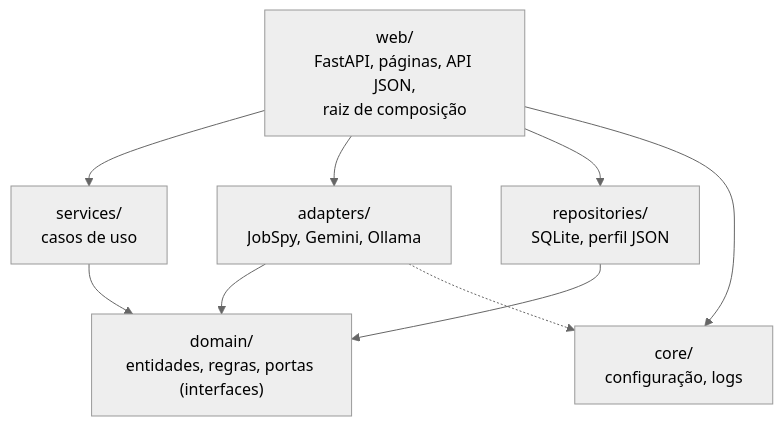
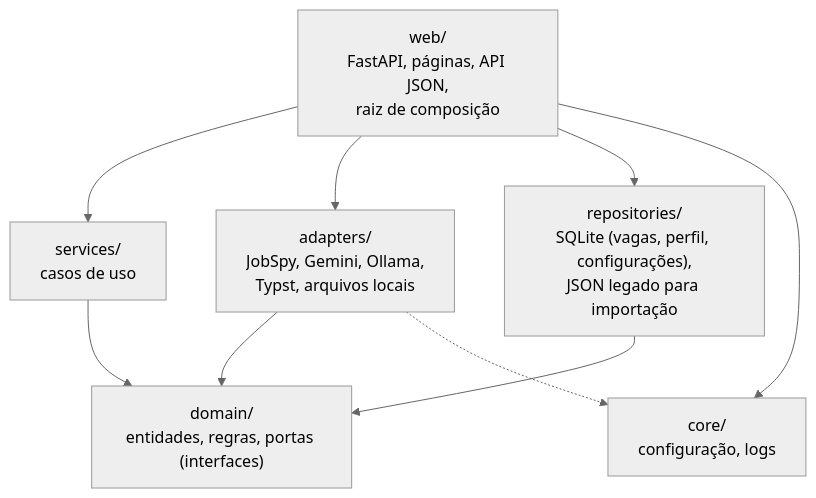
One commit to GilJSantana/copilot-job-gsantana changed the first of 4 diagrams in docs/ARCHITECTURE.md. Above: the diagram before and after it, drawn with Mermaid (neutral theme). The commit also changed other lines of this file and 2 other files, not shown here.

First line of the commit message:
docs: documenta o CV Tailor, o painel de configurações e a nova busca

````diff
--- a/docs/ARCHITECTURE.md
+++ b/docs/ARCHITECTURE.md
@@ -28,18 +29,18 @@
 ```mermaid
 flowchart TD
     web["web/<br/>FastAPI, páginas, API JSON,<br/>raiz de composição"]
     services["services/<br/>casos de uso"]
     domain["domain/<br/>entidades, regras, portas (interfaces)"]
-    adapters["adapters/<br/>JobSpy, Gemini, Ollama"]
-    repositories["repositories/<br/>SQLite, perfil JSON"]
+    adapters["adapters/<br/>JobSpy, Gemini, Ollama,<br/>Typst, arquivos locais"]
+    repositories["repositories/<br/>SQLite (vagas, perfil, configurações),<br/>JSON legado para importação"]
     core["core/<br/>configuração, logs"]
 
     web --> services
     web --> adapters
     web --> repositories
     services --> domain
     adapters --> domain
     repositories --> domain
     web --> core
     adapters -.-> core
 ```
````
